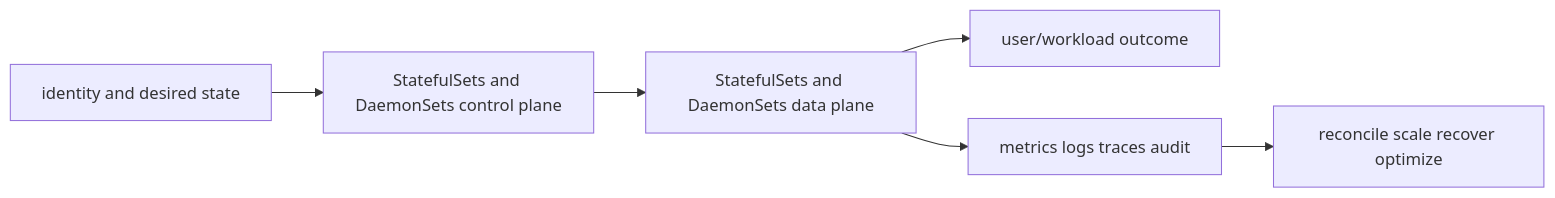
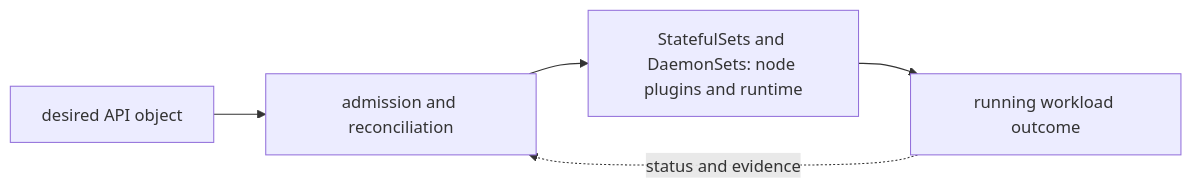
One commit to tomkidumbuyo/DevOps-interview-preparation changed the diagram in 06-kubernetes/02-workloads/03-statefulsets-daemonsets/README.md. Above: the diagram before and after it, drawn with Mermaid. The commit also changed other lines of this file and 753 other files, not shown here.

````diff
--- a/06-kubernetes/02-workloads/03-statefulsets-daemonsets/README.md
+++ b/06-kubernetes/02-workloads/03-statefulsets-daemonsets/README.md
@@ -19,8 +31,7 @@
 ```mermaid
 flowchart LR
-  I[identity and desired state] --> C[StatefulSets and DaemonSets control plane]
-  C --> D[StatefulSets and DaemonSets data plane]
-  D --> U[user/workload outcome]
-  D --> O[metrics logs traces audit]
-  O --> R[reconcile scale recover optimize]
+  A["desired API object"] --> B["admission and reconciliation"]
+  B --> C["StatefulSets and DaemonSets: node plugins and runtime"]
+  C --> D["running workload outcome"]
+  D -. "status and evidence" .-> B
 ```
````
